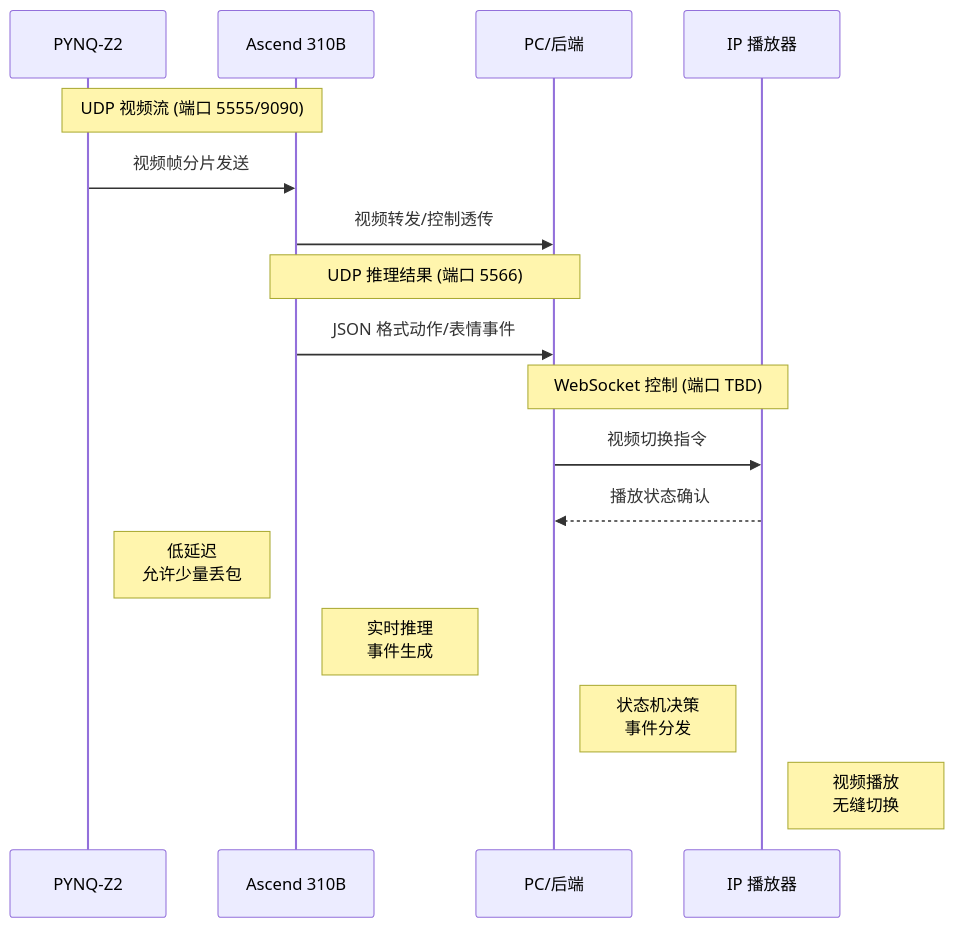
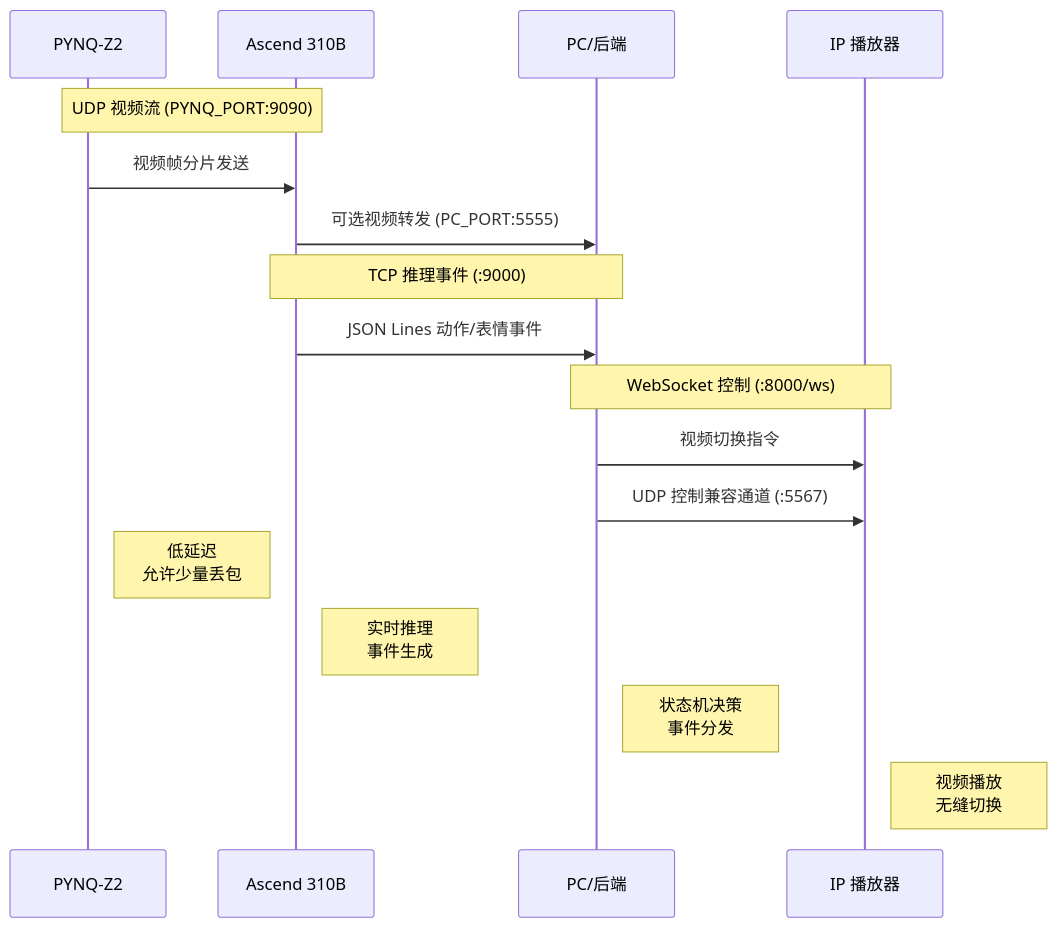
The fourth of 10 diagrams in docs/智能视觉交互系统报告.md (wanone111/ciciec_ascend), drawn with Mermaid before and after one commit. The commit also changed other lines of this file and 2 other files, not shown here.

````diff
--- a/docs/智能视觉交互系统报告.md
+++ b/docs/智能视觉交互系统报告.md
@@ -257,23 +257,23 @@
 ```mermaid
 sequenceDiagram
     participant PYNQ as PYNQ-Z2
     participant 310B as Ascend 310B
     participant PC as PC/后端
     participant Player as IP 播放器
     
-    Note over PYNQ,310B: UDP 视频流 (端口 5555/9090)
+    Note over PYNQ,310B: UDP 视频流 (PYNQ_PORT:9090)
     PYNQ->>310B: 视频帧分片发送
-    310B->>PC: 视频转发/控制透传
+    310B->>PC: 可选视频转发 (PC_PORT:5555)
     
-    Note over 310B,PC: UDP 推理结果 (端口 5566)
-    310B->>PC: JSON 格式动作/表情事件
+    Note over 310B,PC: TCP 推理事件 (:9000)
+    310B->>PC: JSON Lines 动作/表情事件
     
-    Note over PC,Player: WebSocket 控制 (端口 TBD)
+    Note over PC,Player: WebSocket 控制 (:8000/ws)
     PC->>Player: 视频切换指令
-    Player-->>PC: 播放状态确认
+    PC->>Player: UDP 控制兼容通道 (:5567)
     
     Note right of PYNQ: 低延迟<br>允许少量丢包
     Note right of 310B: 实时推理<br>事件生成
     Note right of PC: 状态机决策<br>事件分发
     Note right of Player: 视频播放<br>无缝切换
 ```
````
